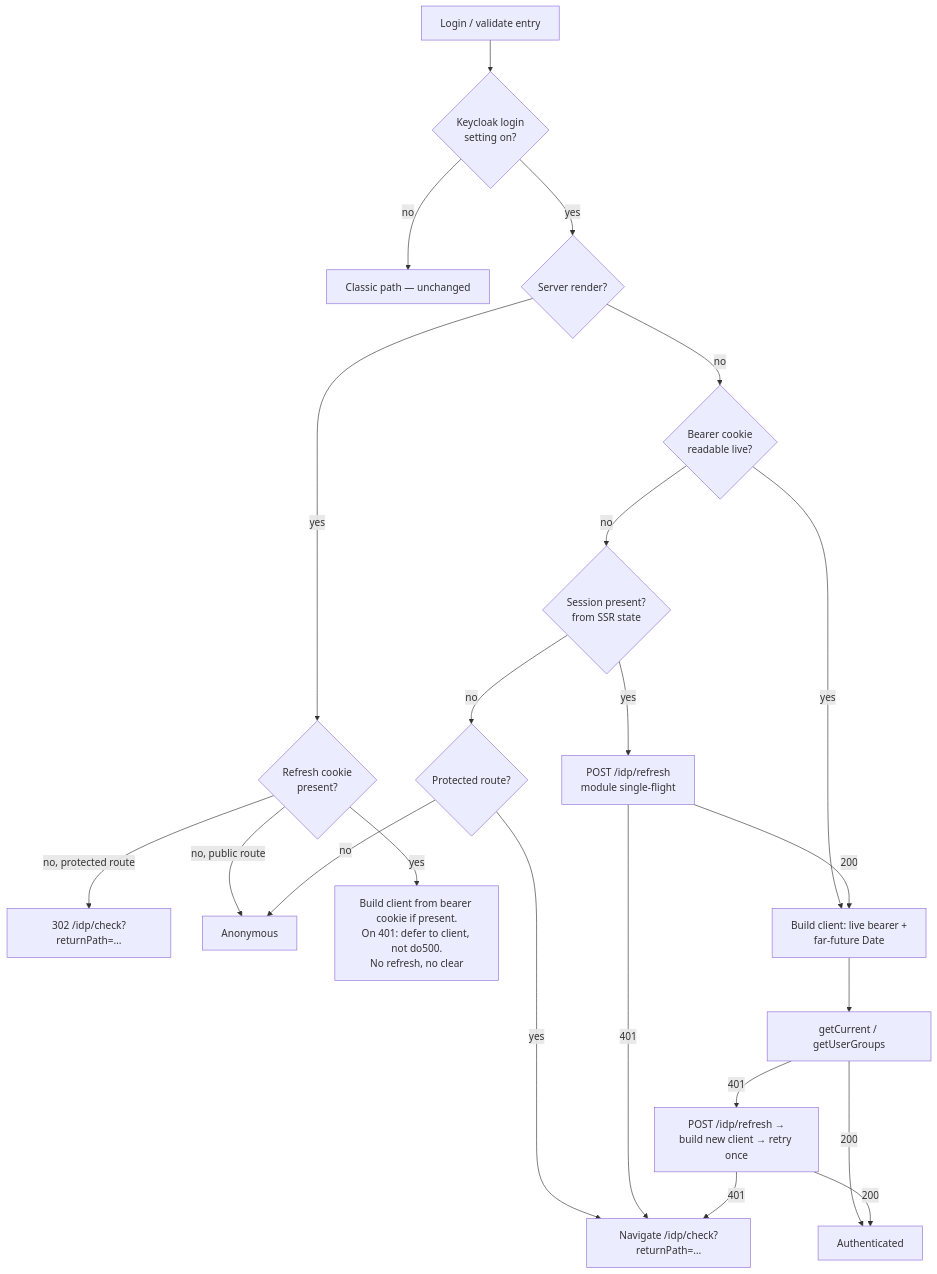
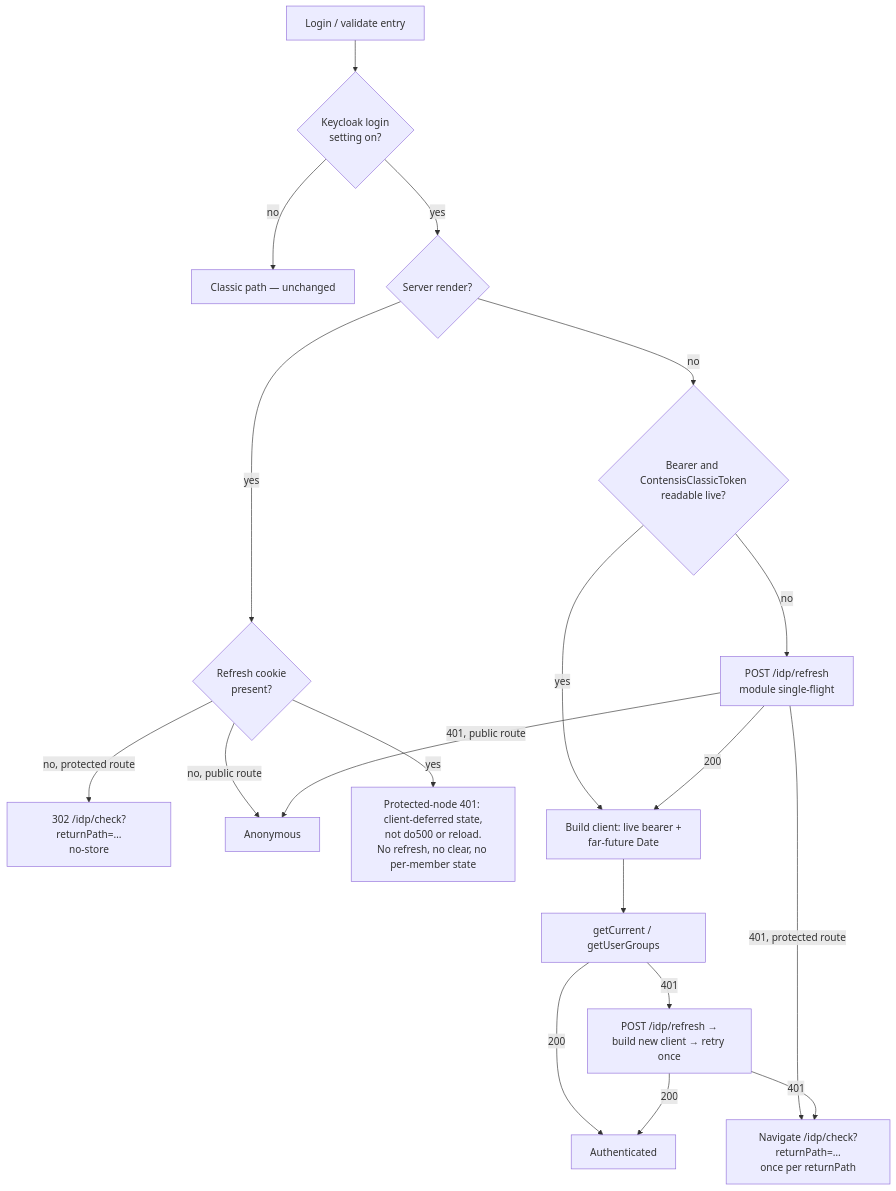
One commit to zengenti/contensis-react-base changed the first of 2 diagrams in docs/plans/2026-07-21-001-fix-keyc-199-bff-session-login-plan.md. Above: the diagram before and after it, drawn with Mermaid. The commit also changed other lines of this file and 2 other files, not shown here.

````diff
--- a/docs/plans/2026-07-21-001-fix-keyc-199-bff-session-login-plan.md
+++ b/docs/plans/2026-07-21-001-fix-keyc-199-bff-session-login-plan.md
@@ -271,24 +272,21 @@
 ```mermaid
 flowchart TD
     A[Login / validate entry] --> B{Keycloak login<br/>setting on?}
     B -- no --> C[Classic path — unchanged]
     B -- yes --> D{Server render?}
     D -- yes --> SR{Refresh cookie<br/>present?}
-    SR -- no, protected route --> CK302[302 /idp/check?returnPath=…]
+    SR -- no, protected route --> CK302[302 /idp/check?returnPath=…<br/>no-store]
     SR -- no, public route --> AN
-    SR -- yes --> E[Build client from bearer cookie if present.<br/>On 401: defer to client, not do500.<br/>No refresh, no clear]
-    D -- no --> F{Bearer cookie<br/>readable live?}
+    SR -- yes --> E[Protected-node 401: client-deferred state,<br/>not do500 or reload.<br/>No refresh, no clear, no per-member state]
+    D -- no --> F{Bearer and ContensisClassicToken<br/>readable live?}
     F -- yes --> H[Build client: live bearer +<br/>far-future Date]
-    F -- no --> S{Session present?<br/>from SSR state}
-    S -- yes --> G[POST /idp/refresh<br/>module single-flight]
-    S -- no --> P{Protected route?}
-    P -- yes --> CK[Navigate /idp/check?returnPath=…]
-    P -- no --> AN[Anonymous]
+    F -- no --> G[POST /idp/refresh<br/>module single-flight]
+    G -- 401, protected route --> CK[Navigate /idp/check?returnPath=…<br/>once per returnPath]
+    G -- 401, public route --> AN[Anonymous]
     G -- 200 --> H
-    G -- 401 --> CK
     H --> I[getCurrent / getUserGroups]
     I -- 200 --> K[Authenticated]
     I -- 401 --> L[POST /idp/refresh →<br/>build new client → retry once]
     L -- 200 --> K
     L -- 401 --> CK
 ```
````
